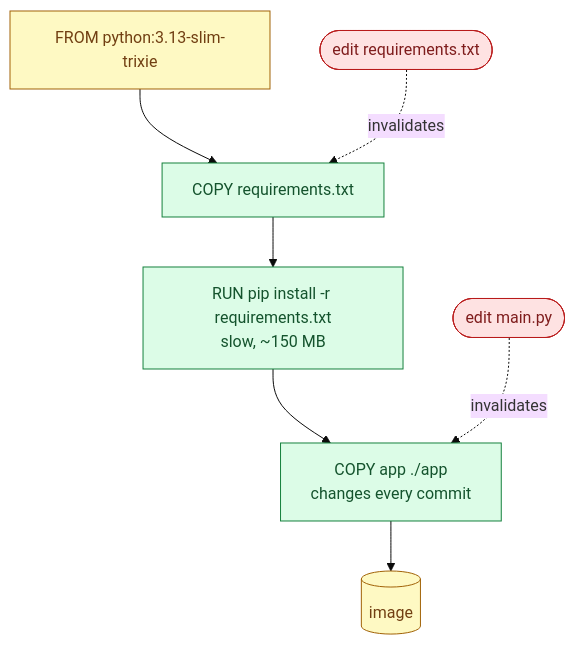
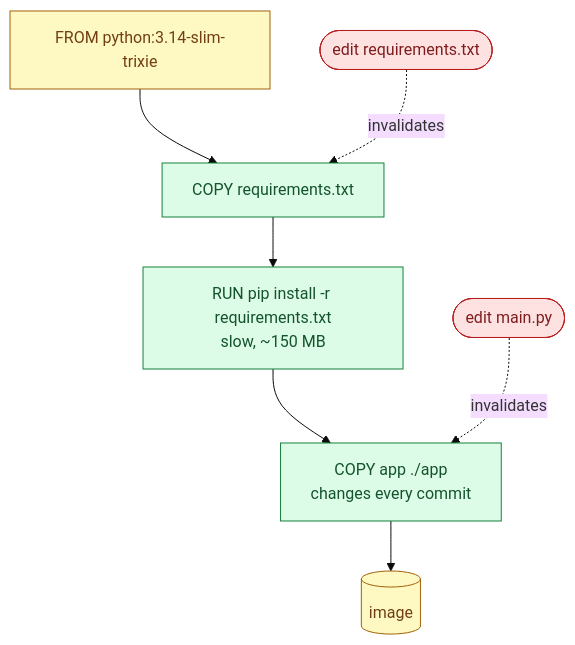
Before and after one commit to cloud-prakhar/devops-sre-engineering-labs: the second of 7 diagrams in projects/aws/02-dockerized-app-on-vm/docs/interview.md, drawn with Mermaid (base theme). The commit also changed 101 other files, not shown here.

````diff
--- a/projects/aws/02-dockerized-app-on-vm/docs/interview.md
+++ b/projects/aws/02-dockerized-app-on-vm/docs/interview.md
@@ -52,12 +52,12 @@
 ```mermaid
 flowchart TB
-    b[FROM python:3.13-slim-trixie]:::data --> r[COPY requirements.txt]:::app
+    b[FROM python:3.14-slim-trixie]:::data --> r[COPY requirements.txt]:::app
     r --> p[RUN pip install -r requirements.txt<br/>slow, ~150 MB]:::app
     p --> c[COPY app ./app<br/>changes every commit]:::app
     c --> img[(image)]:::data
     edit1([edit main.py]):::risk -. invalidates .-> c
     edit2([edit requirements.txt]):::risk -. invalidates .-> r
     classDef data fill:#fef9c3,stroke:#a16207,color:#713f12
     classDef app fill:#dcfce7,stroke:#15803d,color:#14532d
     classDef risk fill:#fee2e2,stroke:#b91c1c,color:#7f1d1d
 ```
````
